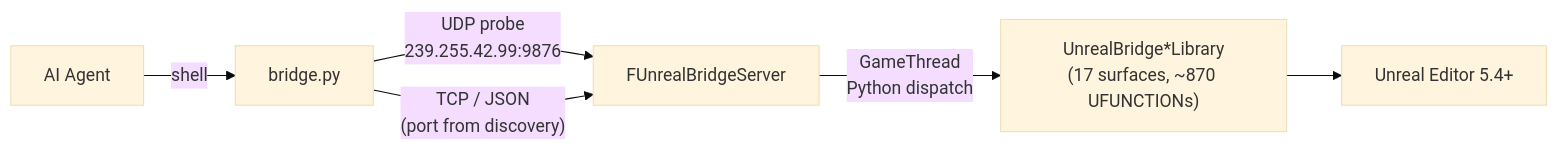
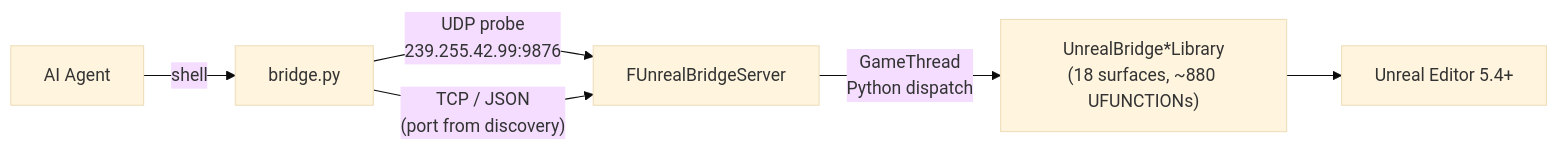
The diagram in README.md (Jeffreytsai1004/UnrealBridge), drawn with Mermaid (base theme) before and after one commit. The commit also changed other lines of this file and 1 other file, not shown here.

First line of the commit message:
docs(readme): add UnrealBridgePropertyLibrary row + bump counts to 18 / 876

````diff
--- a/README.md
+++ b/README.md
@@ -53,14 +53,14 @@
 ```mermaid
 flowchart LR
     Agent["AI Agent"]
     CLI["bridge.py"]
     Server["FUnrealBridgeServer"]
-    Libs["UnrealBridge*Library<br/>(17 surfaces, ~870 UFUNCTIONs)"]
+    Libs["UnrealBridge*Library<br/>(18 surfaces, ~880 UFUNCTIONs)"]
     UE["Unreal Editor 5.4+"]
 
     Agent -- "shell" --> CLI
     CLI -- "UDP probe<br/>239.255.42.99:9876" --> Server
     CLI -- "TCP / JSON<br/>(port from discovery)" --> Server
     Server -- "GameThread<br/>Python dispatch" --> Libs
     Libs --> UE
 ```
````
